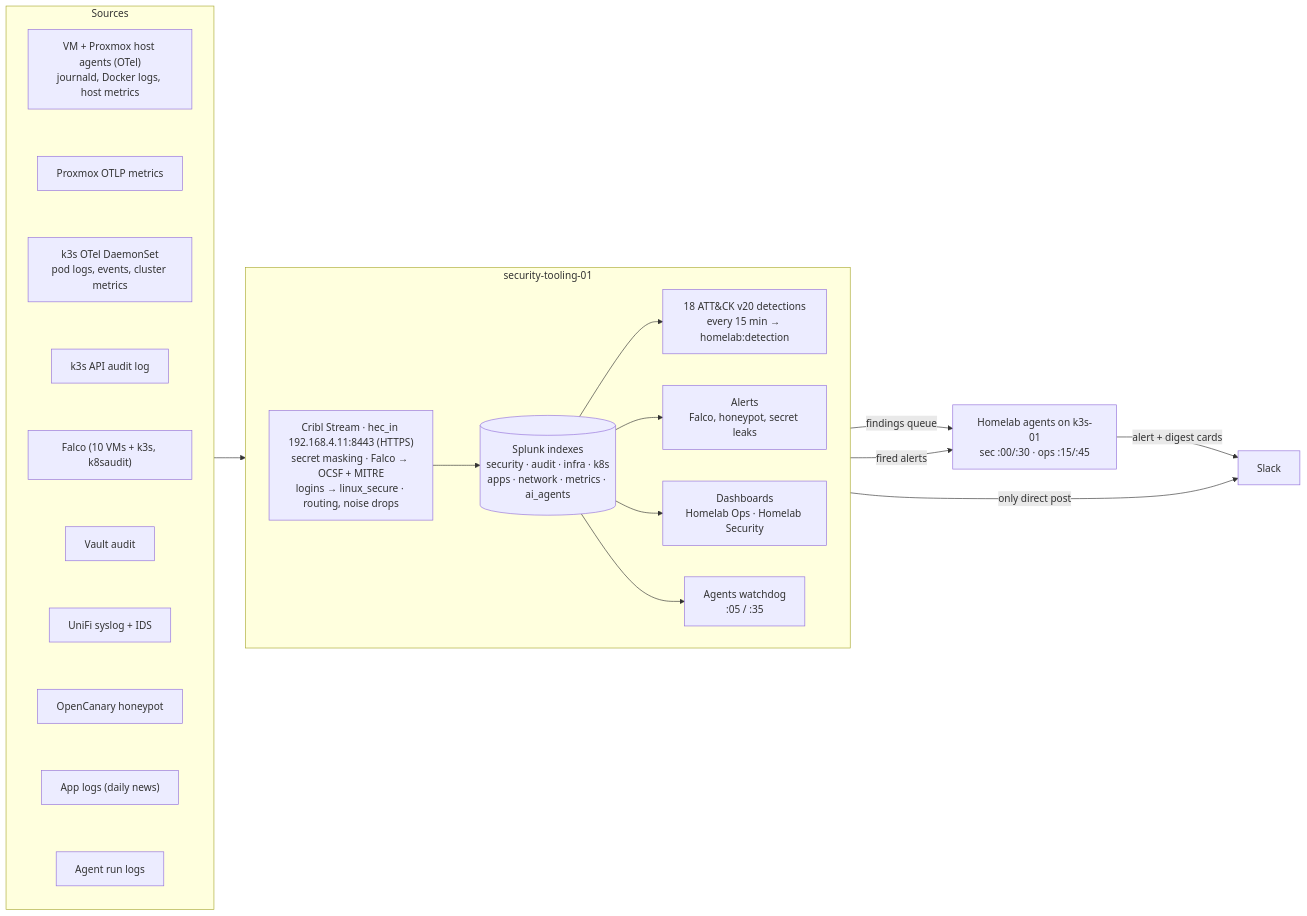
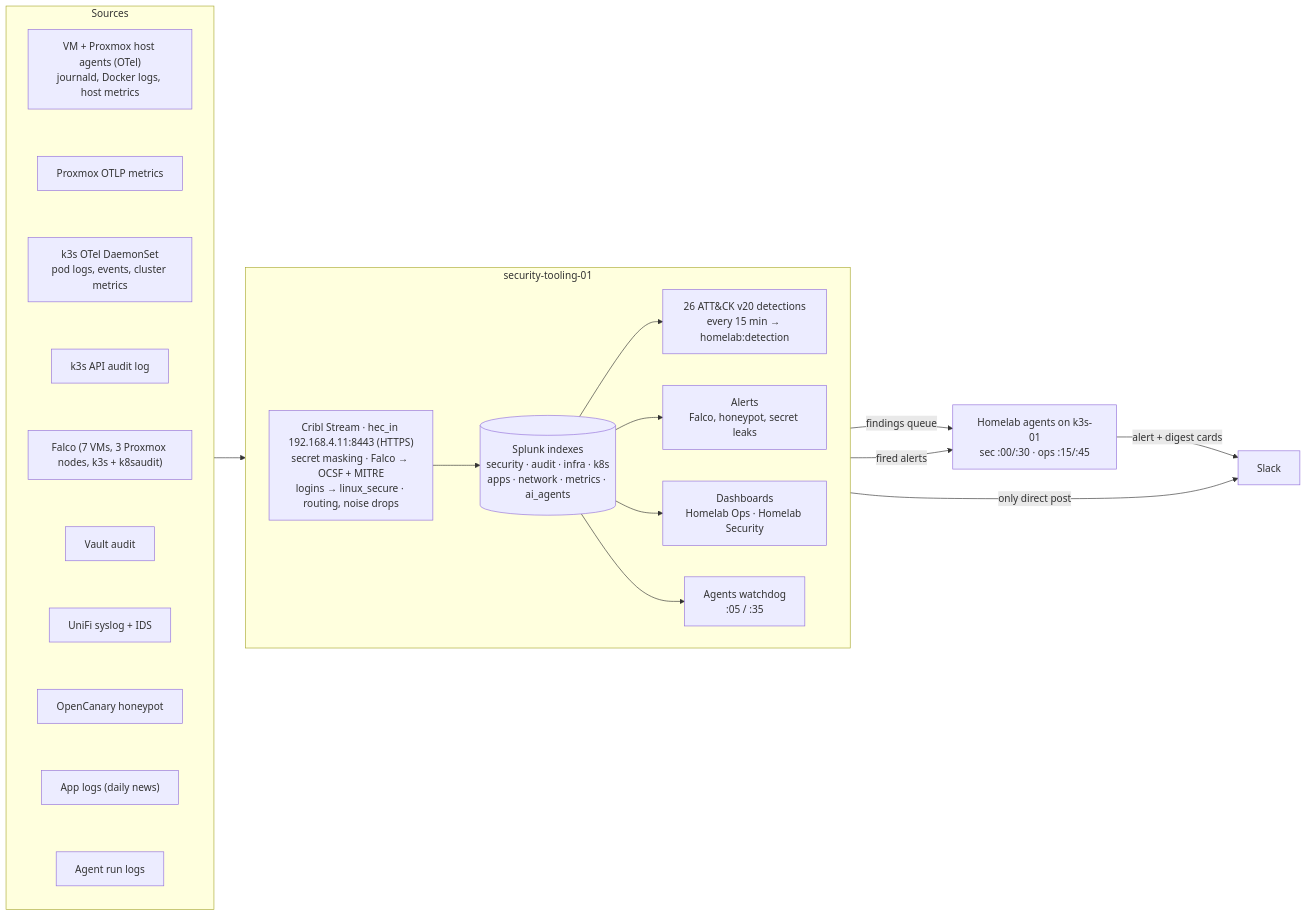
The diagram in docs/architecture.md (bmorri13/homelab), drawn with Mermaid before and after one commit. The commit also changed 70 other files, not shown here.

````diff
--- a/docs/architecture.md
+++ b/docs/architecture.md
@@ -16,34 +16,34 @@
 ```mermaid
 flowchart LR
     subgraph src["Sources"]
         direction TB
         hosts["VM + Proxmox host agents (OTel)<br/>journald, Docker logs, host metrics"]
         pvem["Proxmox OTLP metrics"]
         k8s["k3s OTel DaemonSet<br/>pod logs, events, cluster metrics"]
         audit["k3s API audit log"]
-        falco["Falco (10 VMs + k3s, k8saudit)"]
+        falco["Falco (7 VMs, 3 Proxmox nodes, k3s + k8saudit)"]
         vaudit["Vault audit"]
         unifi["UniFi syslog + IDS"]
         canary["OpenCanary honeypot"]
         appl["App logs (daily news)"]
         agentlog["Agent run logs"]
         hosts ~~~ pvem ~~~ k8s ~~~ audit ~~~ falco ~~~ vaudit ~~~ unifi ~~~ canary ~~~ appl ~~~ agentlog
     end
 
     subgraph st["security-tooling-01"]
         direction LR
         cribl["Cribl Stream · hec_in 192.168.4.11:8443 (HTTPS)<br/>secret masking · Falco → OCSF + MITRE<br/>logins → linux_secure · routing, noise drops"]
         idx[("Splunk indexes<br/>security · audit · infra · k8s<br/>apps · network · metrics · ai_agents")]
-        det["18 ATT&CK v20 detections<br/>every 15 min → homelab:detection"]
+        det["26 ATT&CK v20 detections<br/>every 15 min → homelab:detection"]
         alerts["Alerts<br/>Falco, honeypot, secret leaks"]
         dash["Dashboards<br/>Homelab Ops · Homelab Security"]
         wd["Agents watchdog<br/>:05 / :35"]
     end
 
     src --> cribl --> idx
     idx --> det & alerts & dash & wd
     det -->|findings queue| agents["Homelab agents on k3s-01<br/>sec :00/:30 · ops :15/:45"]
     alerts -->|fired alerts| agents
     agents -->|alert + digest cards| slack["Slack"]
     wd -->|"only direct post"| slack
 ```
````
